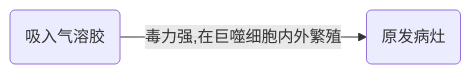
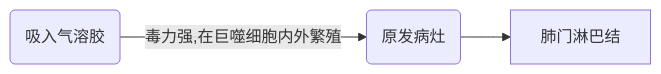
The second of 2 diagrams in 大三下/内科学.md (viket-vista/Notes), drawn with Mermaid before and after one commit. The commit also changed other lines of this file, not shown here.

Commit message:
大三下/内科学.md updated from https://stackedit.cn/

````diff
--- a/大三下/内科学.md
+++ b/大三下/内科学.md
@@ -23,4 +23,4 @@
 ```mermaid
 graph LR
-a(吸入气溶胶) -- 毒力强,在巨噬细胞内外繁殖 --> c(原发病灶)
+a(吸入气溶胶) -- 毒力强,在巨噬细胞内外繁殖 --> c(原发病灶) --> 肺门淋巴结
 ```
````
